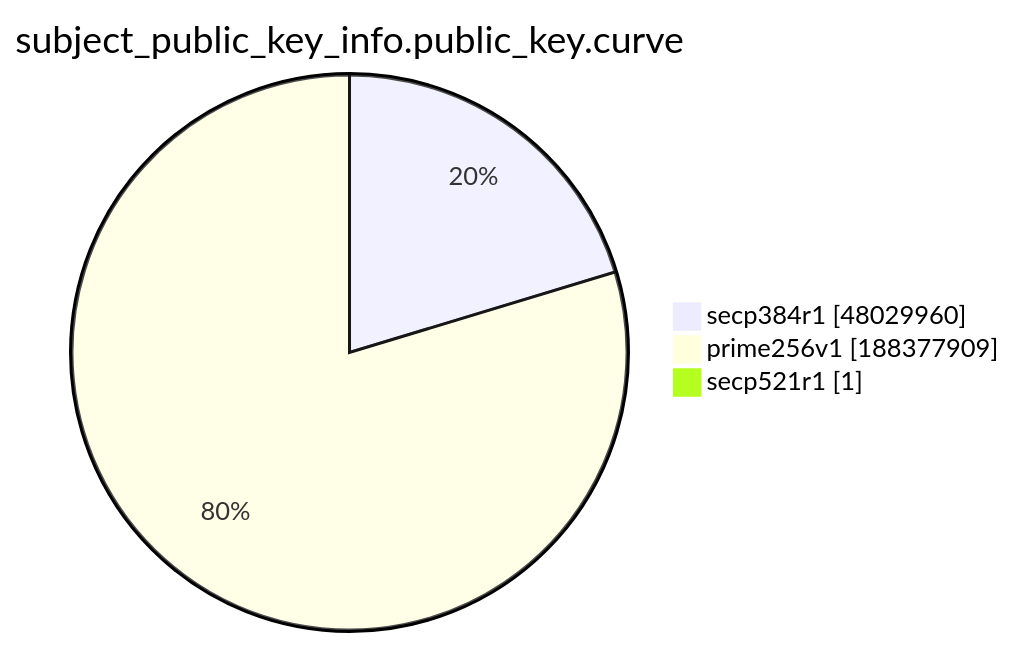
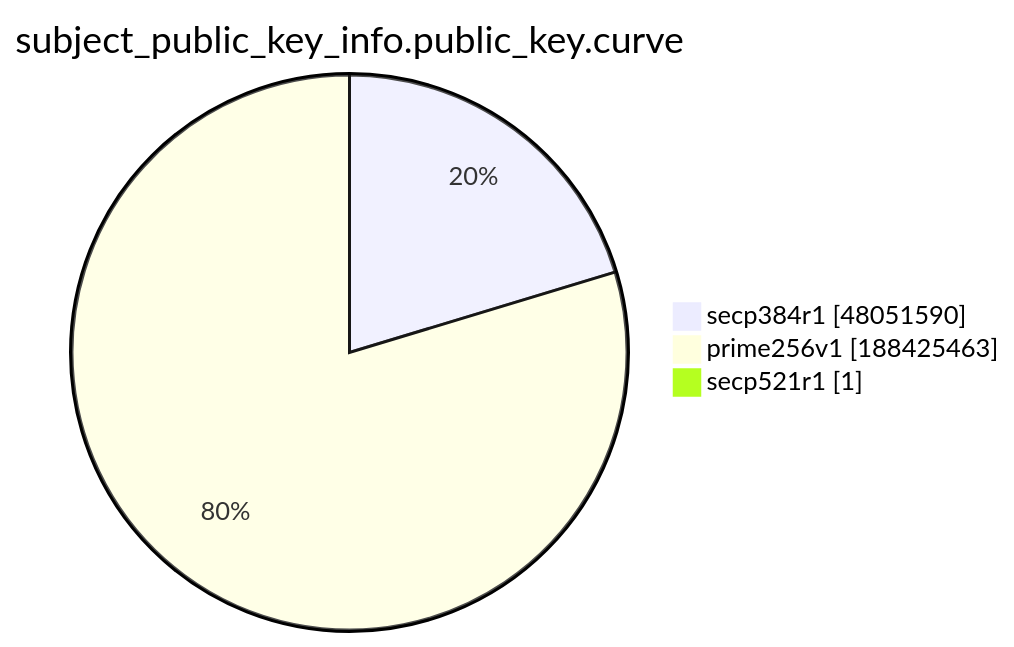
Before and after one commit to christiankrug/ctmonitor_visualization: the ninth of 15 diagrams in xenon2022/README.md, drawn with Mermaid. The commit also changed other lines of this file, not shown here.

````diff
--- a/xenon2022/README.md
+++ b/xenon2022/README.md
@@ -2874,7 +2874,7 @@
 ```mermaid
 pie showData
 title subject_public_key_info.public_key.curve
-"secp384r1" :48029960
-"prime256v1" :188377909
+"secp384r1" :48051590
+"prime256v1" :188425463
 "secp521r1" :1
 ```
````
